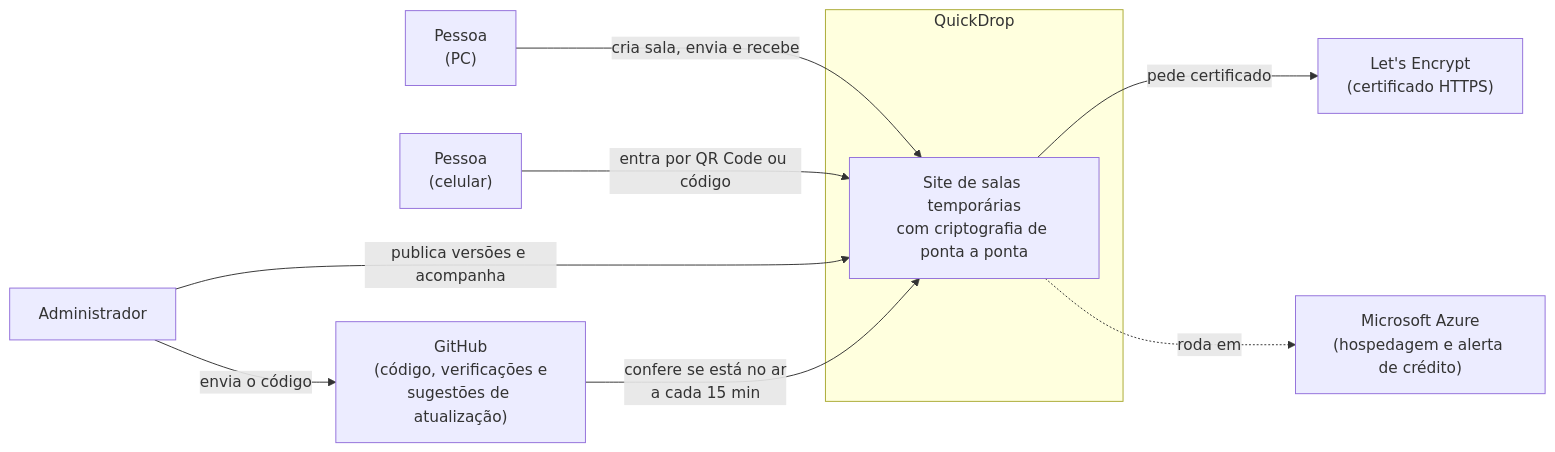
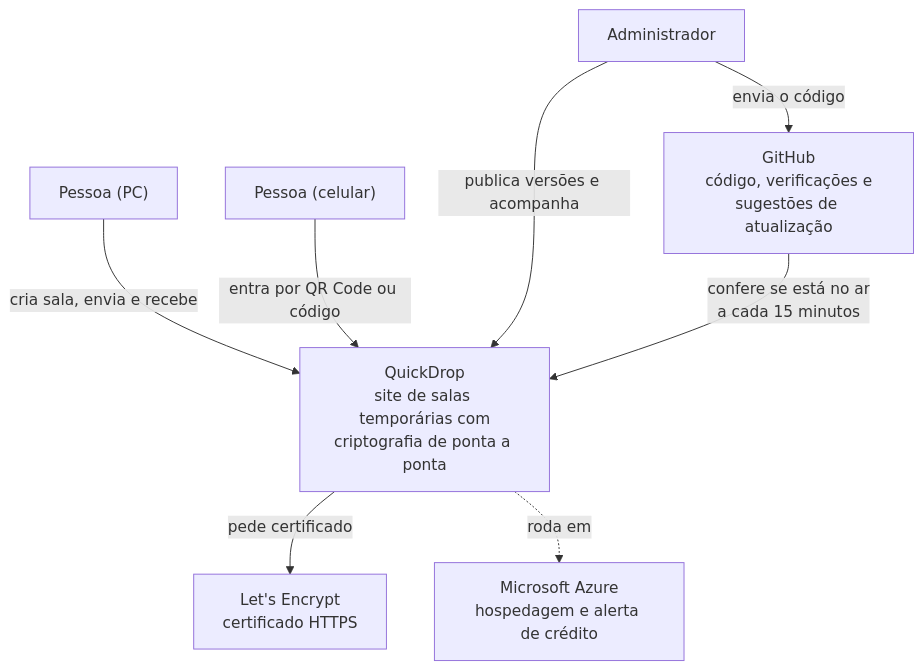
One commit to gbrielzera/QuickDrop changed the first of 13 diagrams in docs/VISAO.md. Above: the diagram before and after it, drawn with Mermaid. The commit also changed other lines of this file and 3 other files, not shown here.

Commit message:
Documentos de requisitos e de visão também em .docx; diagramas ajustados

````diff
--- a/docs/VISAO.md
+++ b/docs/VISAO.md
@@ -140,22 +140,18 @@
 ```mermaid
-flowchart LR
-    pessoaA["Pessoa<br/>(PC)"]
-    pessoaB["Pessoa<br/>(celular)"]
+flowchart TB
+    pessoaA["Pessoa (PC)"]
+    pessoaB["Pessoa (celular)"]
     admin["Administrador"]
-
-    subgraph quickdrop["QuickDrop"]
-        sistema["Site de salas temporárias<br/>com criptografia de ponta a ponta"]
-    end
-
-    letsencrypt["Let's Encrypt<br/>(certificado HTTPS)"]
-    azure["Microsoft Azure<br/>(hospedagem e alerta de crédito)"]
-    github["GitHub<br/>(código, verificações e<br/>sugestões de atualização)"]
+    sistema["QuickDrop<br/>site de salas temporárias com<br/>criptografia de ponta a ponta"]
+    letsencrypt["Let's Encrypt<br/>certificado HTTPS"]
+    azure["Microsoft Azure<br/>hospedagem e alerta de crédito"]
+    github["GitHub<br/>código, verificações e<br/>sugestões de atualização"]
 
     pessoaA -->|"cria sala, envia e recebe"| sistema
     pessoaB -->|"entra por QR Code ou código"| sistema
     admin -->|"publica versões e acompanha"| sistema
     sistema -->|"pede certificado"| letsencrypt
     sistema -.->|"roda em"| azure
-    github -->|"confere se está no ar<br/>a cada 15 min"| sistema
+    github -->|"confere se está no ar<br/>a cada 15 minutos"| sistema
     admin -->|"envia o código"| github
 ```
````
